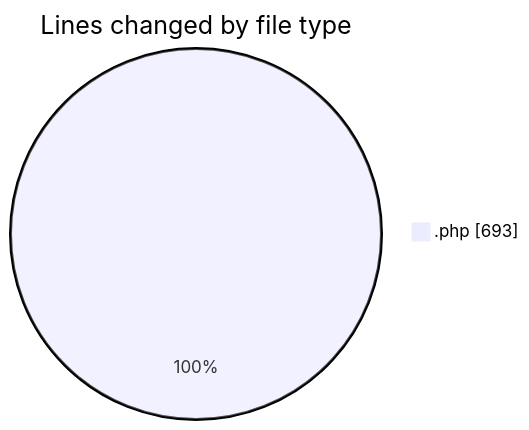
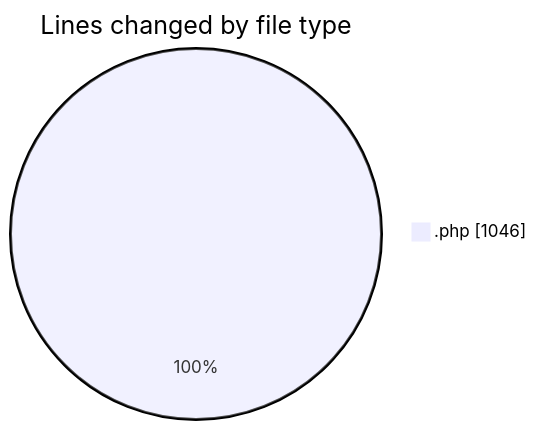
One commit to LanceThiago/code-tracking changed the first of 2 diagrams in 2026-09-15/web/README.md. Above: the diagram before and after it, drawn with Mermaid. The commit also changed other lines of this file and 1 other file, not shown here.

````diff
--- a/2026-09-15/web/README.md
+++ b/2026-09-15/web/README.md
@@ -24,5 +26,5 @@
 ```mermaid
 pie showData
 title Lines changed by file type
-".php" : 693
+".php" : 1046
 ```
````
